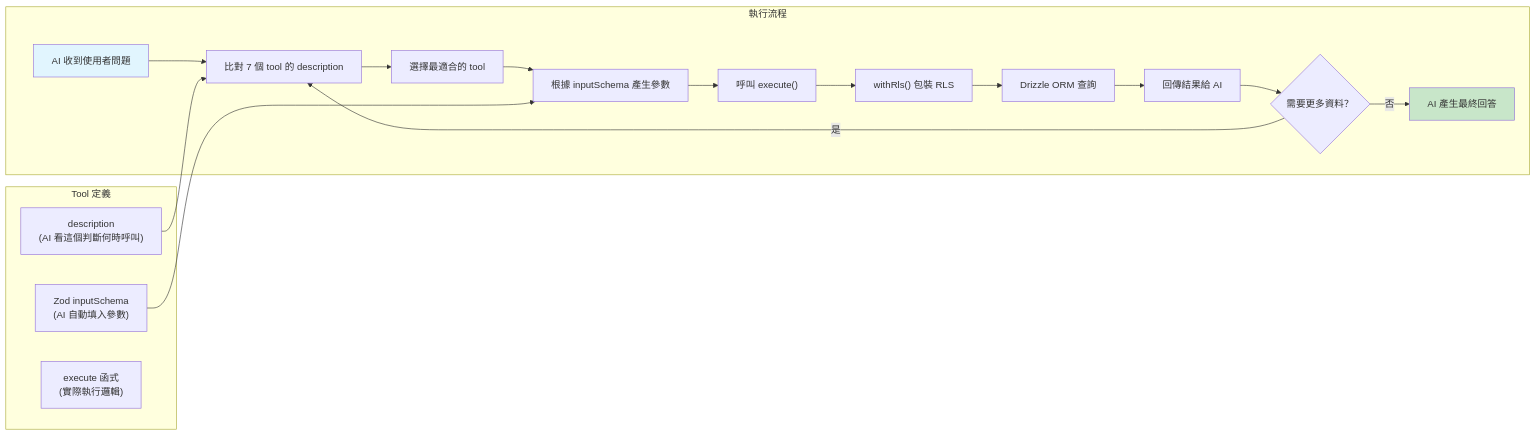
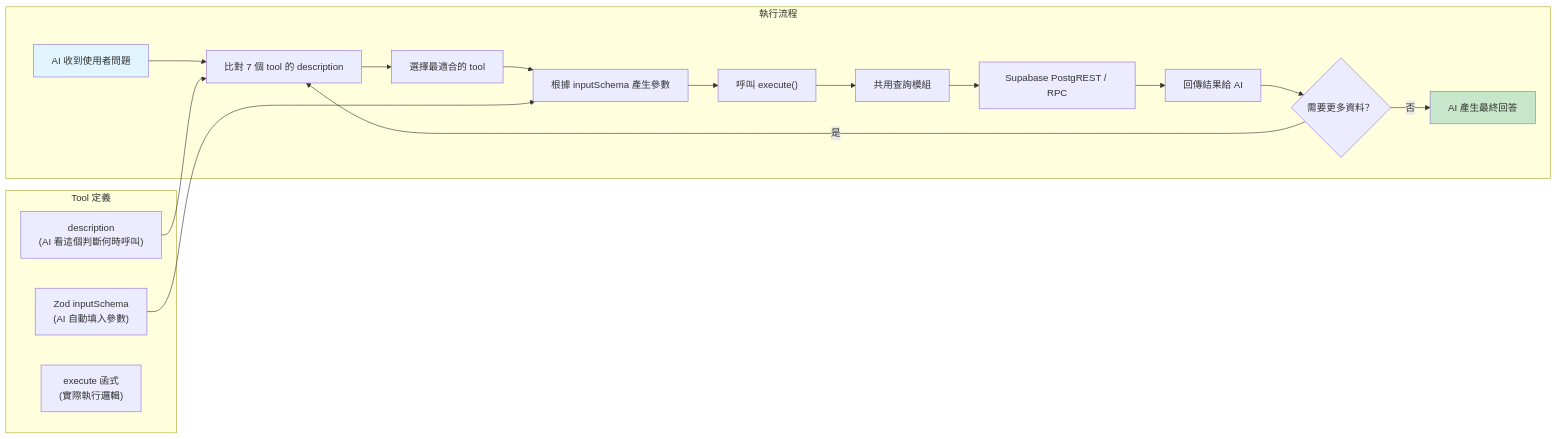
The third of 3 diagrams in docs/ai-sdk-architecture.md (ahwei/HomePower), drawn with Mermaid before and after one commit. The commit also changed other lines of this file and 8 other files, not shown here.

First line of the commit message:
chore: remove Drizzle ORM dependencies and update documentation

````diff
--- a/docs/ai-sdk-architecture.md
+++ b/docs/ai-sdk-architecture.md
@@ -96,27 +99,27 @@
 ```mermaid
 graph LR
     subgraph Definition["Tool 定義"]
         DESC["description<br/>(AI 看這個判斷何時呼叫)"]
         ZOD["Zod inputSchema<br/>(AI 自動填入參數)"]
         EXEC["execute 函式<br/>(實際執行邏輯)"]
     end
 
     subgraph Flow["執行流程"]
         A["AI 收到使用者問題"] --> B["比對 7 個 tool 的 description"]
         B --> C["選擇最適合的 tool"]
         C --> D["根據 inputSchema 產生參數"]
         D --> E["呼叫 execute()"]
-        E --> F["withRls() 包裝 RLS"]
-        F --> G["Drizzle ORM 查詢"]
+        E --> F["共用查詢模組"]
+        F --> G["Supabase PostgREST / RPC"]
         G --> H["回傳結果給 AI"]
         H --> I{"需要更多資料？"}
         I -- "是" --> B
         I -- "否" --> J["AI 產生最終回答"]
     end
 
     DESC --> B
     ZOD --> D
 
     style A fill:#e1f5fe
     style J fill:#c8e6c9
 ```
````
